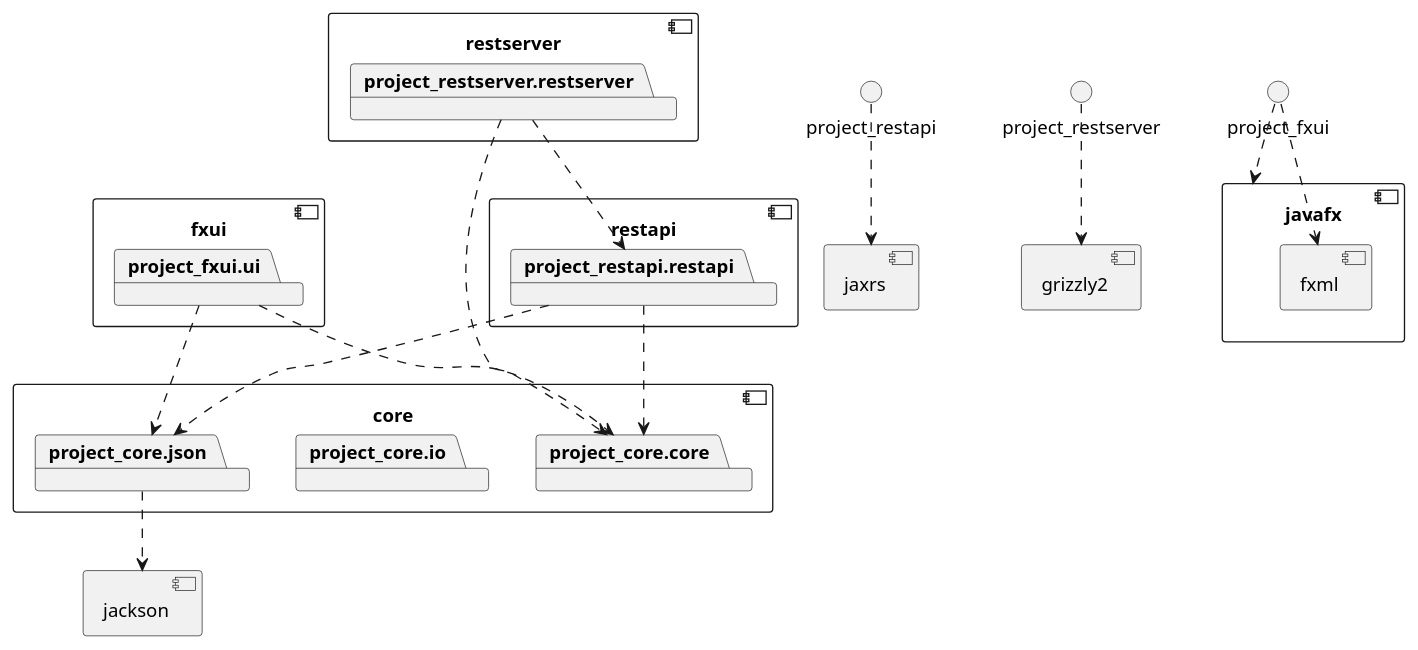
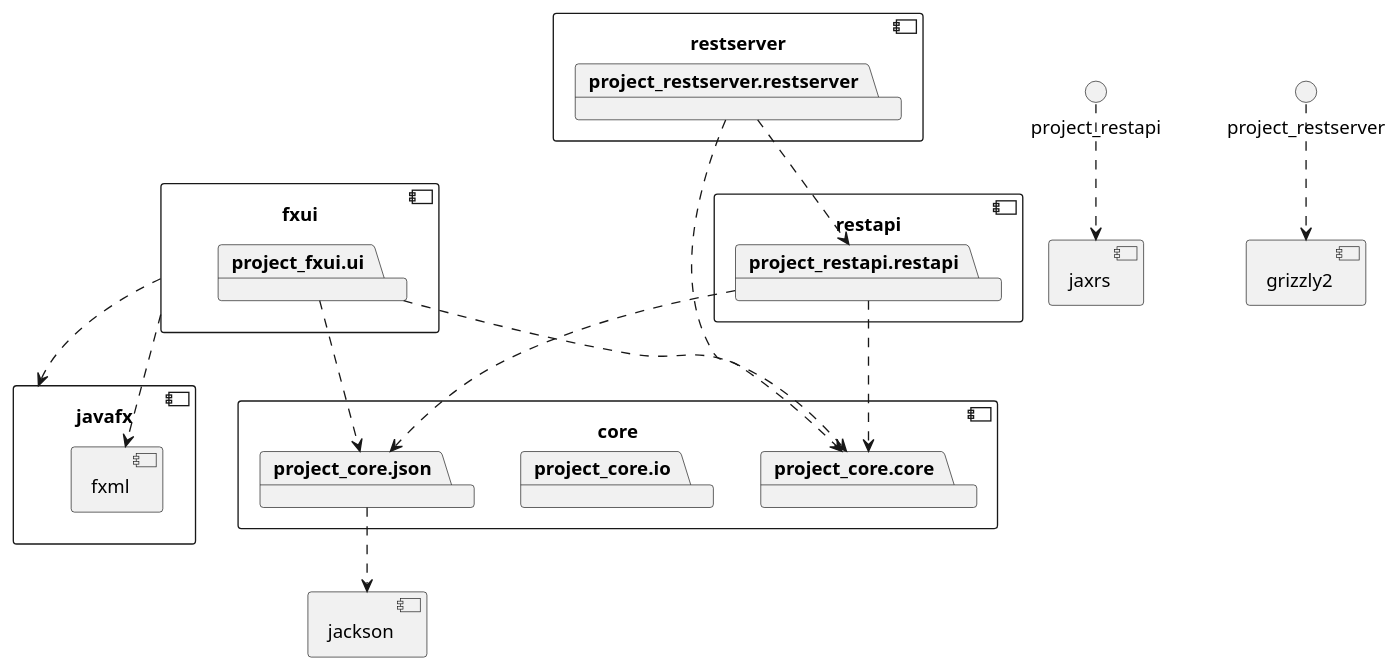
The diagram in project/readme.md (ErlendMariusOmmundsen/Messaging-App), drawn with PlantUML before and after one commit.

Commit message:
#33 - update

````diff
--- a/project/readme.md
+++ b/project/readme.md
@@ -98,52 +98,52 @@
 ```plantuml
 
 component core {
 	package project_core.core
 	package project_core.io
 	package project_core.json
 }
 
 component jackson {
 }
 
 project_core.json ..> jackson
 
 component fxui {
 	package project_fxui.ui
 }
 
 project_fxui.ui ..> project_core.core
 project_fxui.ui ..> project_core.json
 
 component restapi {
 	package project_restapi.restapi
 }
 
 component javafx {
 	component fxml {
 	}
 }
 
-project_fxui ..> javafx
-project_fxui ..> fxml
+fxui ..> javafx
+fxui ..> fxml
 
 project_restapi.restapi ..> project_core.core
 project_restapi.restapi ..> project_core.json
 
 component jaxrs {
 }
 
 project_restapi ..> jaxrs
 
 component restserver {
 	package project_restserver.restserver
 }
 
 project_restserver.restserver ..> project_core.core
 project_restserver.restserver ..> project_restapi.restapi
 
 component grizzly2 {
 }
 
 project_restserver ..> grizzly2
 ```
````
